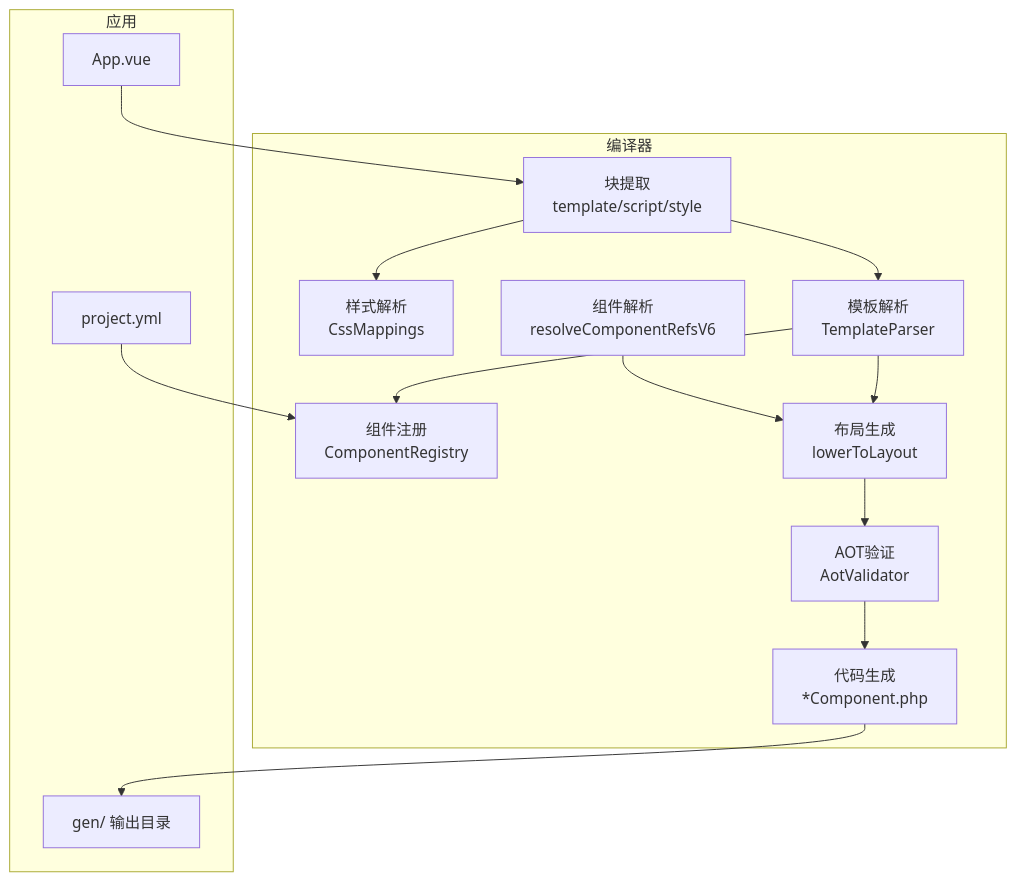
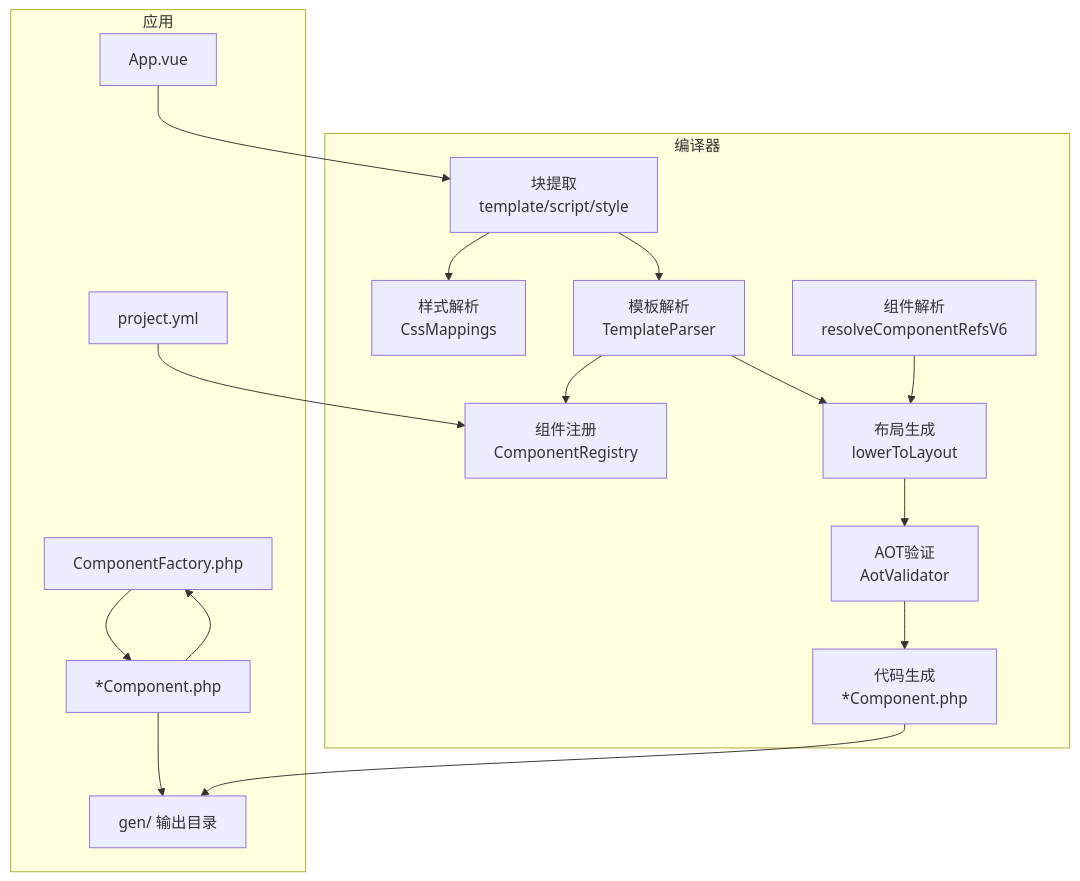
Before and after one commit to xingye00186/PUI: the first of 11 diagrams in .qoder/repowiki/zh/content/核心架构设计/编译器架构.md, drawn with Mermaid. The commit also changed other lines of this file and 10 other files, not shown here.

````diff
--- a/.qoder/repowiki/zh/content/核心架构设计/编译器架构.md
+++ b/.qoder/repowiki/zh/content/核心架构设计/编译器架构.md
@@ -43,28 +52,33 @@
 ```mermaid
 graph TB
 subgraph "应用"
 APP["App.vue"]
 REG["project.yml"]
 GEN["gen/ 输出目录"]
+FACT["ComponentFactory.php"]
+END["*Component.php"]
 end
 subgraph "编译器"
 EXTRACT["块提取<br/>template/script/style"]
 CSS["样式解析<br/>CssMappings"]
 TP["模板解析<br/>TemplateParser"]
 CR["组件注册<br/>ComponentRegistry"]
 RES["组件解析<br/>resolveComponentRefsV6"]
 LOWER["布局生成<br/>lowerToLayout"]
 VAL["AOT验证<br/>AotValidator"]
 CG["代码生成<br/>*Component.php"]
+END --> FACT
+FACT --> END
+END --> GEN
 end
 APP --> EXTRACT
 REG --> CR
 EXTRACT --> CSS
 EXTRACT --> TP
 TP --> CR
 TP --> LOWER
 LOWER --> VAL
 VAL --> CG
 RES --> LOWER
 CG --> GEN
 ```
````
